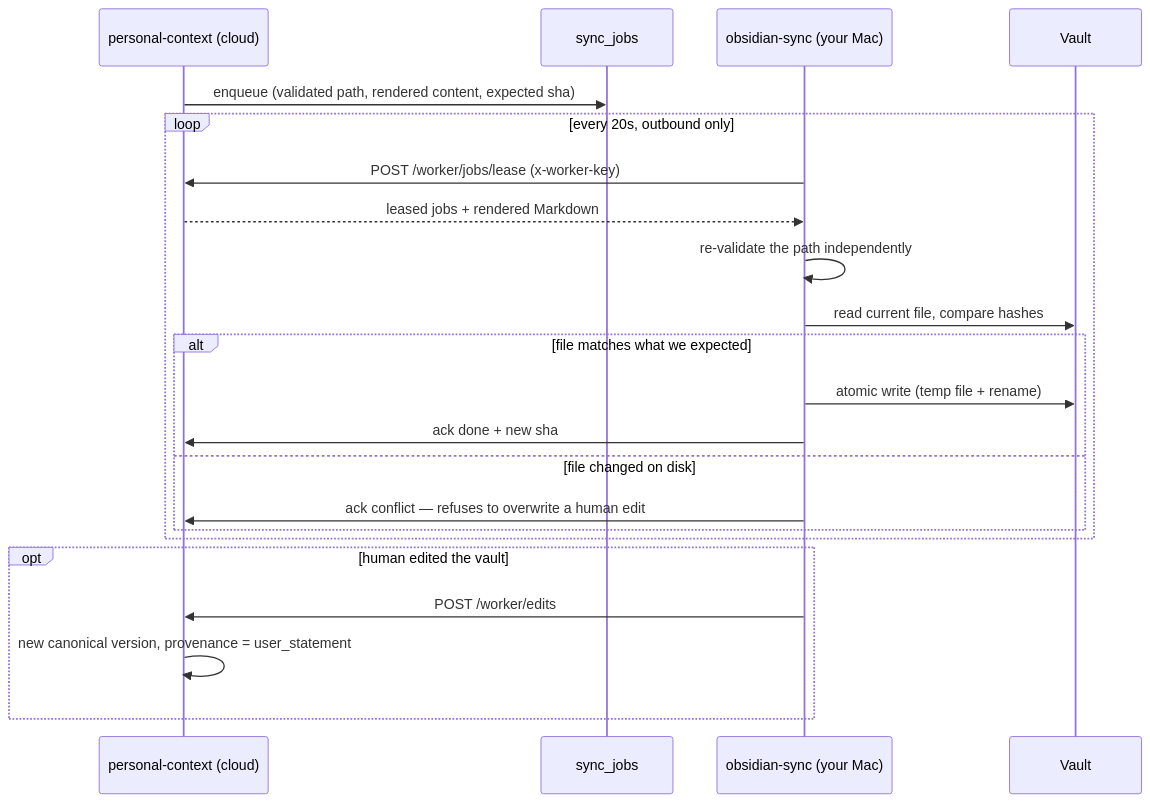
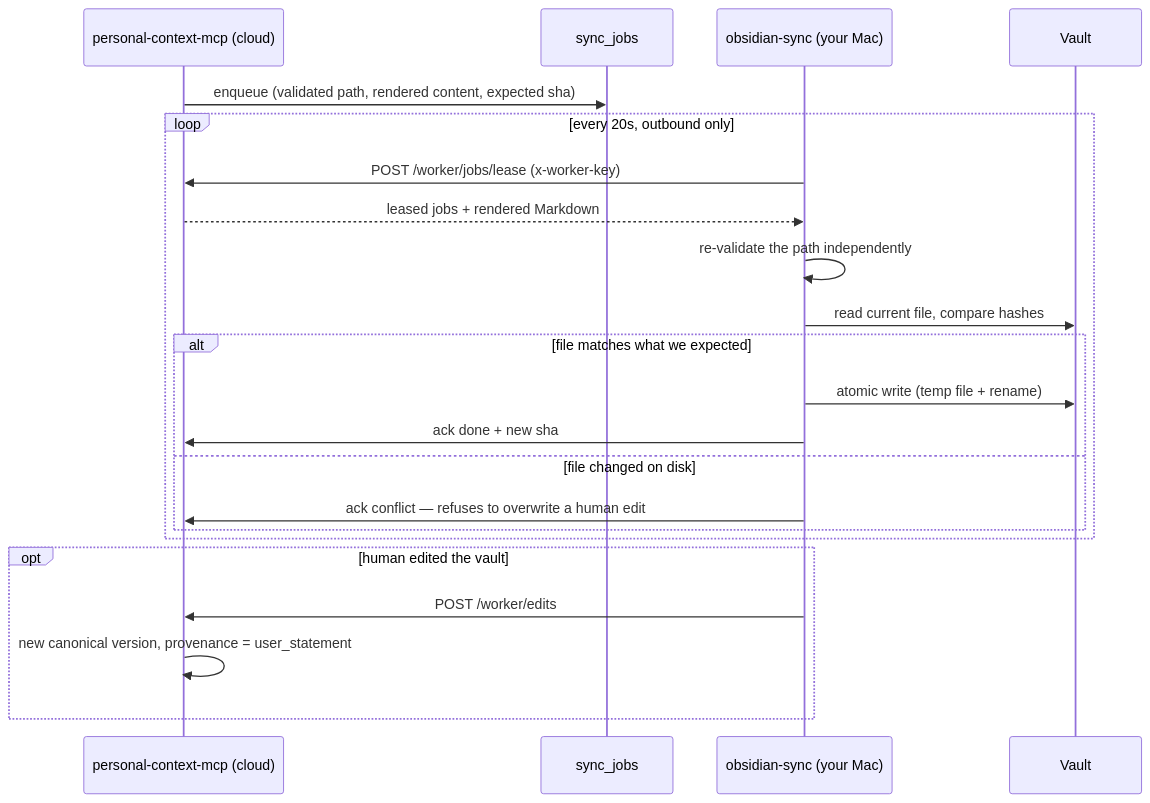
The seventh of 8 diagrams in README.md (DanDo385/personal-context-mcp), drawn with Mermaid before and after one commit. The commit also changed other lines of this file and 148 other files, not shown here.

````diff
--- a/README.md
+++ b/README.md
@@ -469,25 +469,25 @@
 ```mermaid
 sequenceDiagram
-    participant S as personal-context (cloud)
+    participant S as personal-context-mcp (cloud)
     participant D as sync_jobs
     participant W as obsidian-sync (your Mac)
     participant V as Vault
 
     S->>D: enqueue (validated path, rendered content, expected sha)
     loop every 20s, outbound only
         W->>S: POST /worker/jobs/lease   (x-worker-key)
         S-->>W: leased jobs + rendered Markdown
         W->>W: re-validate the path independently
         W->>V: read current file, compare hashes
         alt file matches what we expected
             W->>V: atomic write (temp file + rename)
             W->>S: ack done + new sha
         else file changed on disk
             W->>S: ack conflict — refuses to overwrite a human edit
         end
     end
     opt human edited the vault
         W->>S: POST /worker/edits
         S->>S: new canonical version, provenance = user_statement
     end
 ```
````
